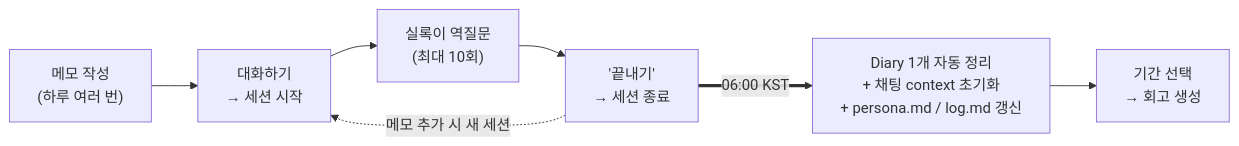
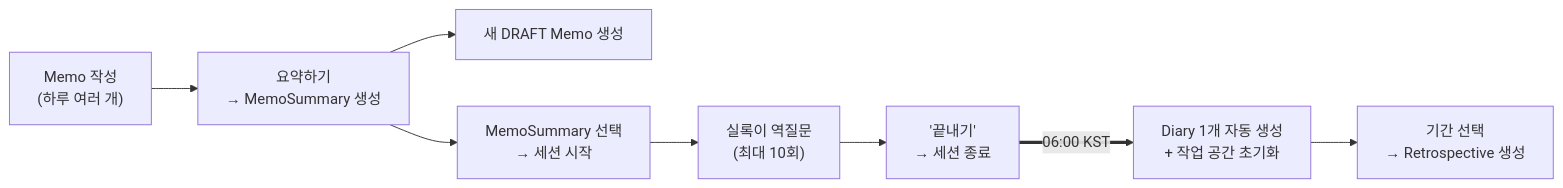
One commit to my-girin-log/girin-log-harness changed the sixth of 7 diagrams in README.md. Above: the diagram before and after it, drawn with Mermaid. The commit also changed other lines of this file and 10 other files, not shown here.

````diff
--- a/README.md
+++ b/README.md
@@ -182,9 +194,10 @@
 ```mermaid
 flowchart LR
-    M["메모 작성<br/>(하루 여러 번)"] --> S["대화하기<br/>→ 세션 시작"]
+    M["Memo 작성<br/>(하루 여러 개)"] --> MS["요약하기<br/>→ MemoSummary 생성"]
+    MS --> NM["새 DRAFT Memo 생성"]
+    MS --> S["MemoSummary 선택<br/>→ 세션 시작"]
     S --> Q["실록이 역질문<br/>(최대 10회)"]
     Q --> E["'끝내기'<br/>→ 세션 종료"]
-    E -.->|"메모 추가 시 새 세션"| S
-    E ==>|"06:00 KST"| D["Diary 1개 자동 정리<br/>+ 채팅 context 초기화<br/>+ persona.md / log.md 갱신"]
-    D --> R["기간 선택<br/>→ 회고 생성"]
+    E ==>|"06:00 KST"| D["Diary 1개 자동 생성<br/>+ 작업 공간 초기화"]
+    D --> R["기간 선택<br/>→ Retrospective 생성"]
 ```
````
